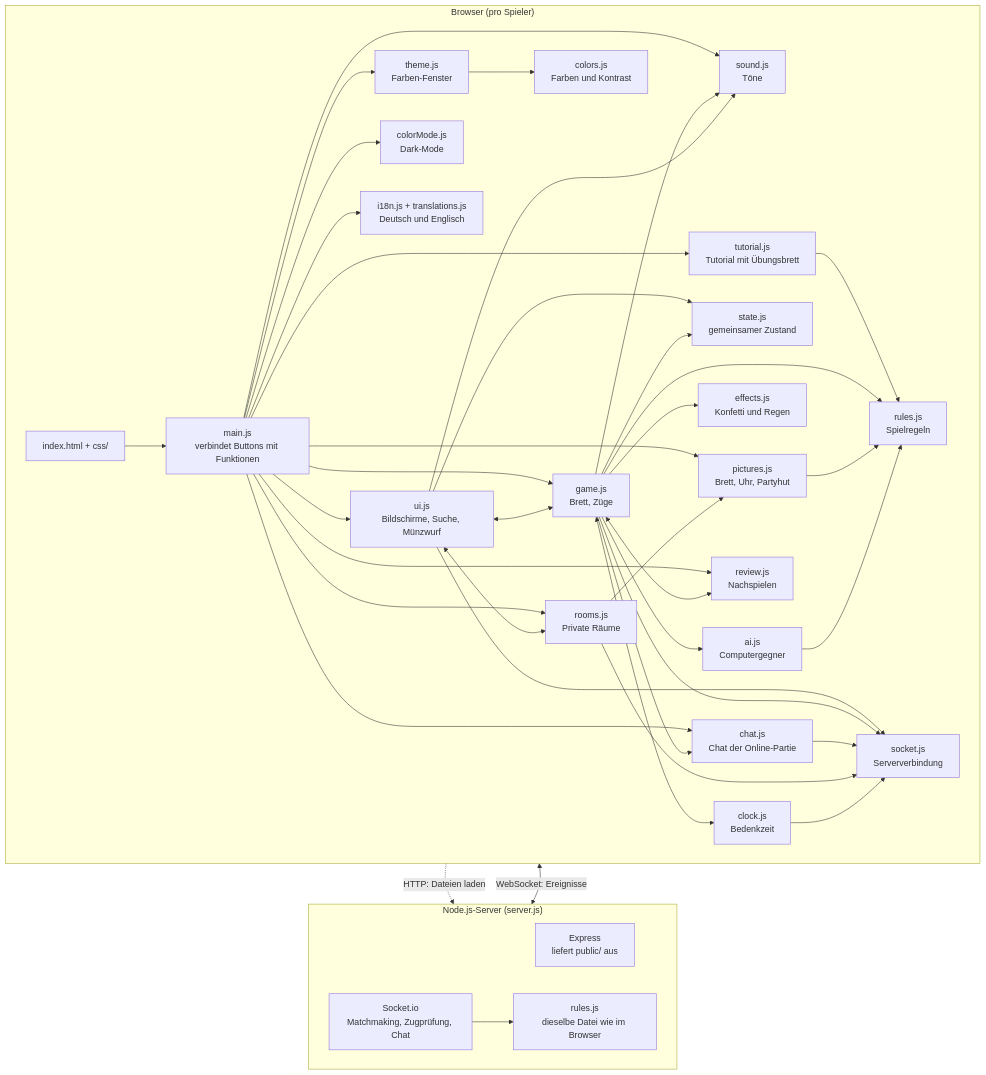
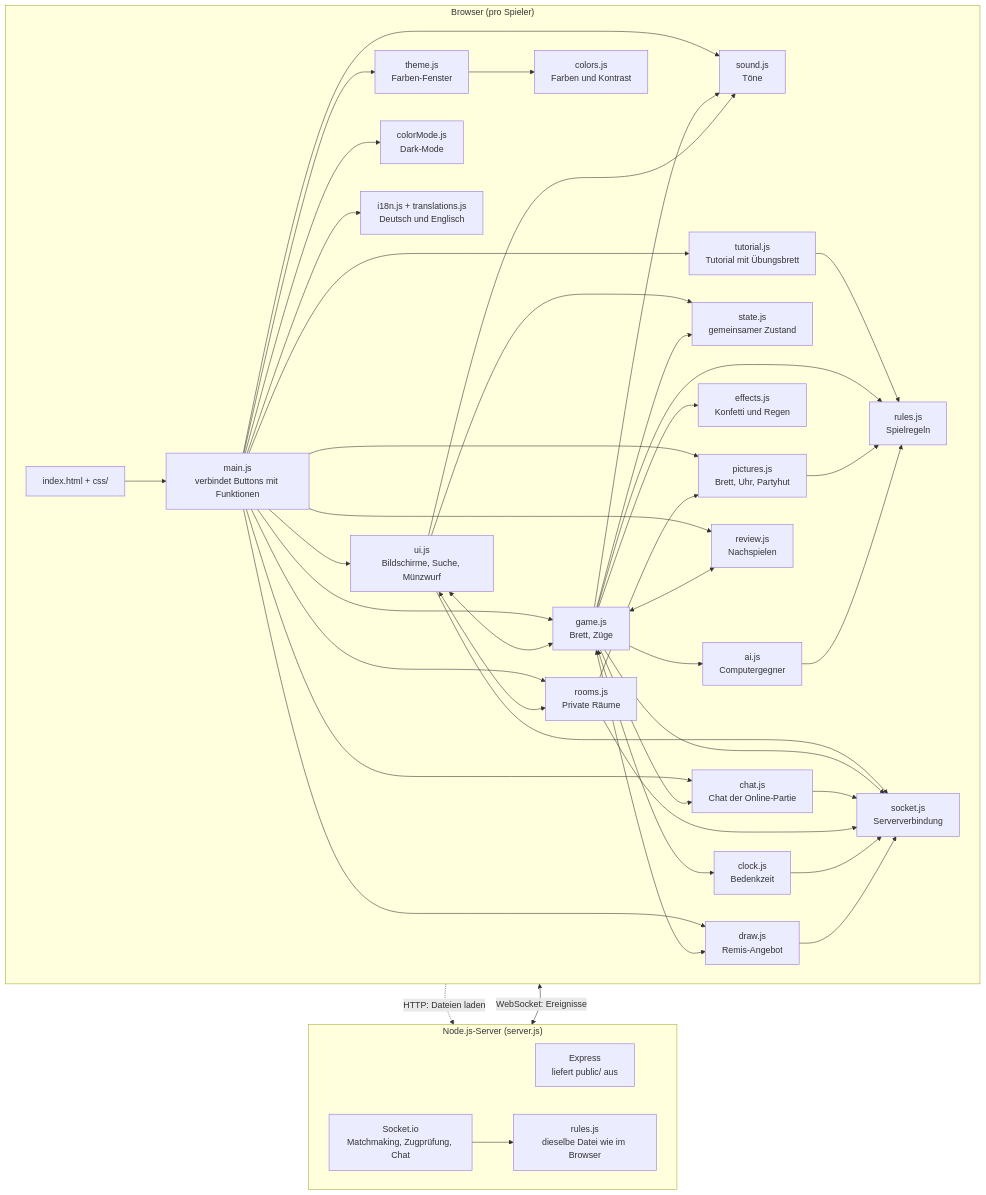
Before and after one commit to flofries00/WebProgDHBWDame: the first of 2 diagrams in README.md, drawn with Mermaid. The commit also changed other lines of this file and 9 other files, not shown here.

Commit message:
Remis anbieten (online): offerDraw/answerDraw mit Cheating-Schutz [10], Button neben Aufgeben, Hinweis im Chat bei Ablehnung, Tests, README

````diff
--- a/README.md
+++ b/README.md
@@ -170,71 +171,75 @@
 ```mermaid
 flowchart TB
     subgraph Browser["Browser (pro Spieler)"]
         direction LR
         HTML["index.html + css/"]
         Main["main.js<br/>verbindet Buttons mit Funktionen"]
         UI["ui.js<br/>Bildschirme, Suche, Münzwurf"]
         Game["game.js<br/>Brett, Züge"]
         RulesC["rules.js<br/>Spielregeln"]
         Sound["sound.js<br/>Töne"]
         Theme["theme.js<br/>Farben-Fenster"]
         Colors["colors.js<br/>Farben und Kontrast"]
         ColorMode["colorMode.js<br/>Dark-Mode"]
         Tutorial["tutorial.js<br/>Tutorial mit Übungsbrett"]
         State["state.js<br/>gemeinsamer Zustand"]
         SocketC["socket.js<br/>Serververbindung"]
         I18n["i18n.js + translations.js<br/>Deutsch und Englisch"]
         Pictures["pictures.js<br/>Brett, Uhr, Partyhut"]
         Effects["effects.js<br/>Konfetti und Regen"]
         Chat["chat.js<br/>Chat der Online-Partie"]
         Rooms["rooms.js<br/>Private Räume"]
         Review["review.js<br/>Nachspielen"]
         Clock["clock.js<br/>Bedenkzeit"]
         AI["ai.js<br/>Computergegner"]
+        Draw["draw.js<br/>Remis-Angebot"]
         HTML --> Main
         Main --> UI
         Main --> Game
         Main --> Sound
         Main --> Theme
         Main --> ColorMode
         Main --> Tutorial
         Tutorial --> RulesC
         Theme --> Colors
         UI <--> Game
         Game --> RulesC
         Game --> Sound
         UI --> Sound
         UI --> State
         Game --> State
         UI --> SocketC
         Game --> SocketC
         Main --> I18n
         Main --> Pictures
         Pictures --> RulesC
         Game --> Effects
         Main --> Chat
         Game --> Chat
         Chat --> SocketC
         Main --> Rooms
         UI <--> Rooms
         Rooms --> Pictures
         Rooms --> SocketC
         Main --> Review
         Game <--> Review
         Game <--> Clock
         Clock --> SocketC
         Game --> AI
         AI --> RulesC
+        Main --> Draw
+        Game <--> Draw
+        Draw --> SocketC
     end
 
     subgraph Server["Node.js-Server (server.js)"]
         direction LR
         Express["Express<br/>liefert public/ aus"]
         IO["Socket.io<br/>Matchmaking, Zugprüfung, Chat"]
         RulesS["rules.js<br/>dieselbe Datei wie im Browser"]
         IO --> RulesS
     end
 
     HTML -.->|"HTTP: Dateien laden"| Express
     SocketC <-->|"WebSocket: Ereignisse"| IO
 ```
````
